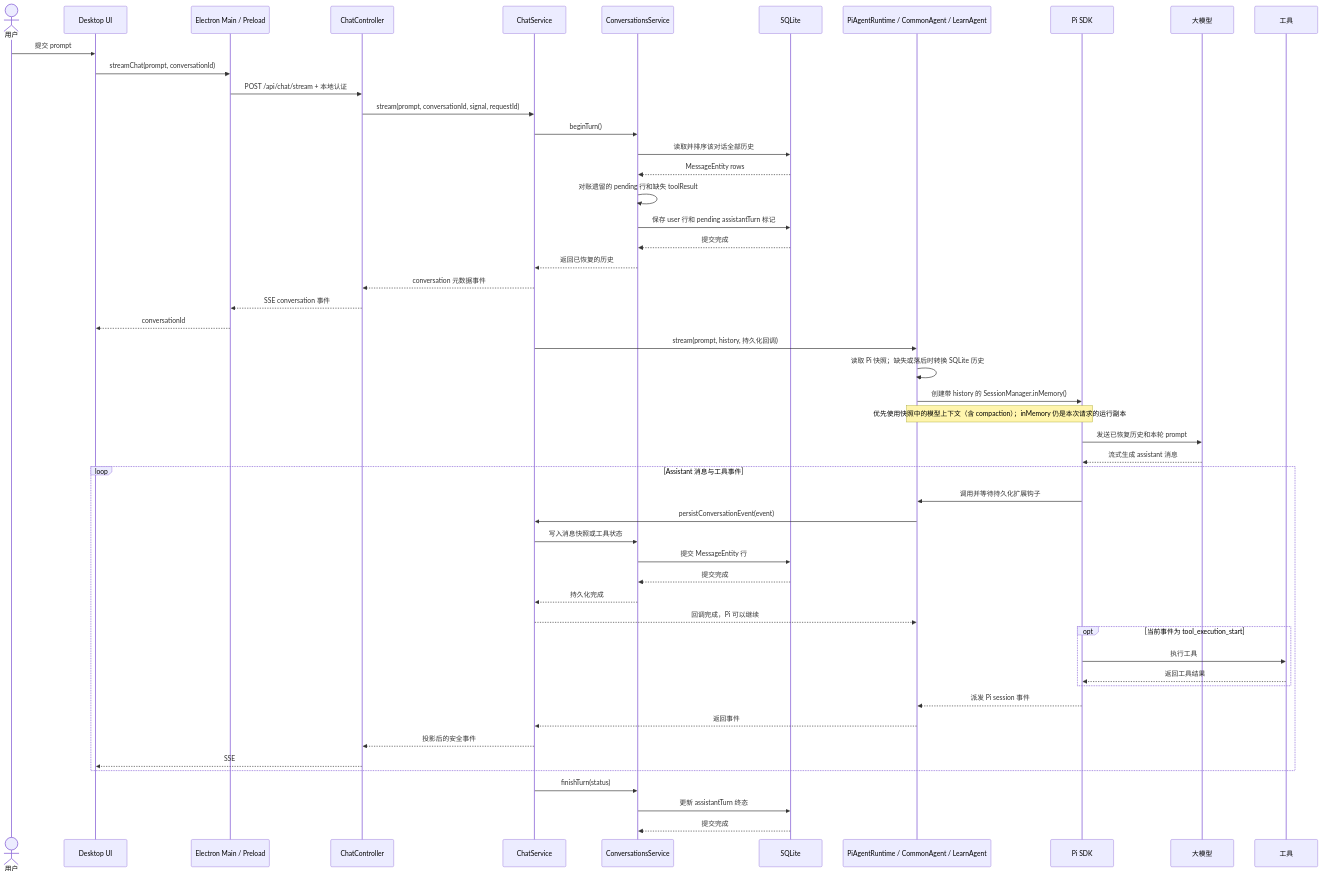
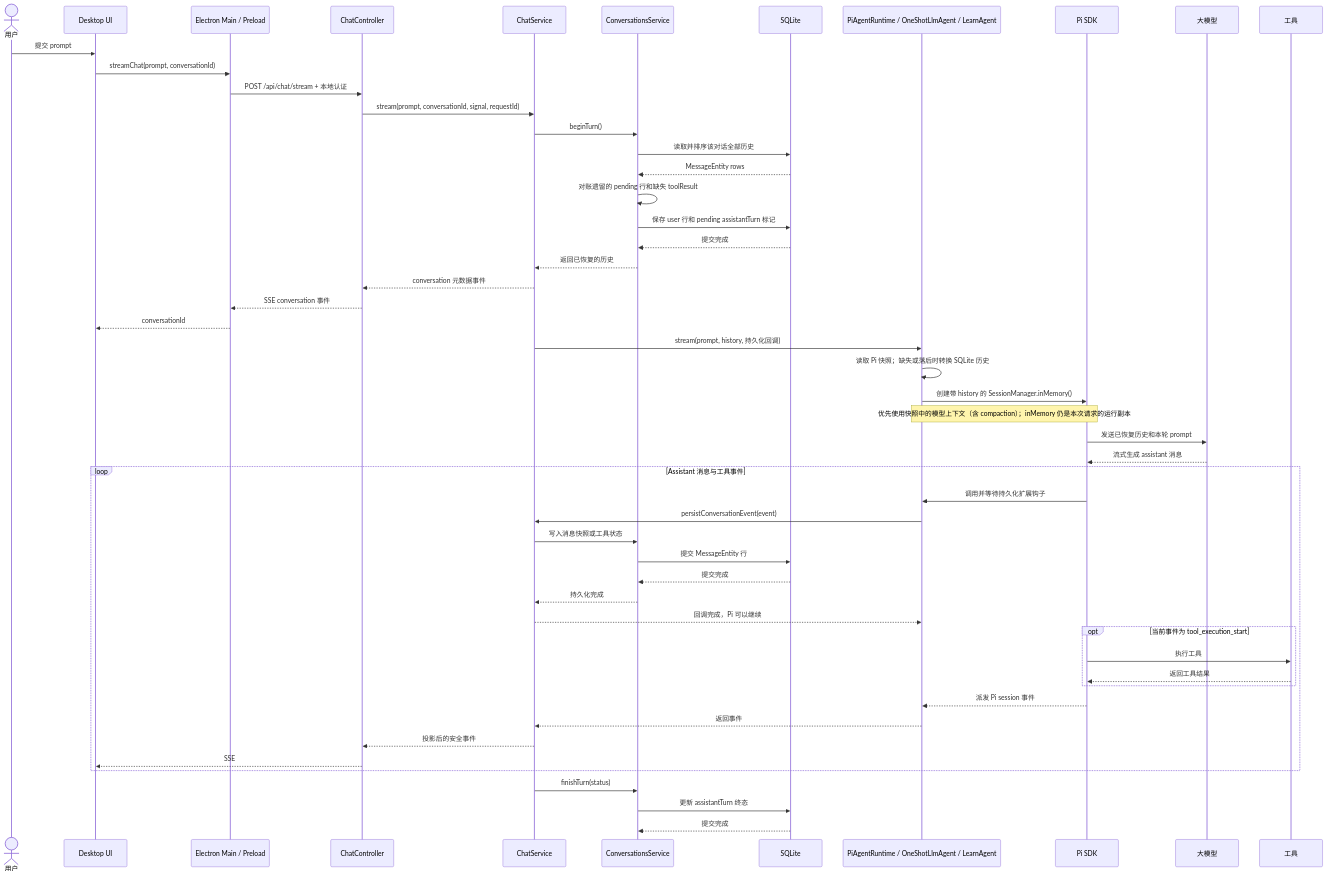
The diagram in docs/current/platform/agent-runtime.md (yuchentime/tech-forge), drawn with Mermaid before and after one commit. The commit also changed other lines of this file and 22 other files, not shown here.

Commit message:
refactor(llm): separate one-shot generation from Pi runtime

````diff
--- a/docs/current/platform/agent-runtime.md
+++ b/docs/current/platform/agent-runtime.md
@@ -61,58 +61,58 @@
 ```mermaid
 sequenceDiagram
     actor User as 用户
     participant UI as Desktop UI
     participant Main as Electron Main / Preload
     participant HTTP as ChatController
     participant Chat as ChatService
     participant Conv as ConversationsService
     participant DB as SQLite
-    participant LLM as PiAgentRuntime / CommonAgent / LearnAgent
+    participant LLM as PiAgentRuntime / OneShotLlmAgent / LearnAgent
     participant Pi as Pi SDK
     participant Model as 大模型
     participant Tool as 工具
 
     User->>UI: 提交 prompt
     UI->>Main: streamChat(prompt, conversationId)
     Main->>HTTP: POST /api/chat/stream + 本地认证
     HTTP->>Chat: stream(prompt, conversationId, signal, requestId)
     Chat->>Conv: beginTurn()
     Conv->>DB: 读取并排序该对话全部历史
     DB-->>Conv: MessageEntity rows
     Conv->>Conv: 对账遗留的 pending 行和缺失 toolResult
     Conv->>DB: 保存 user 行和 pending assistantTurn 标记
     DB-->>Conv: 提交完成
     Conv-->>Chat: 返回已恢复的历史
     Chat-->>HTTP: conversation 元数据事件
     HTTP-->>Main: SSE conversation 事件
     Main-->>UI: conversationId
 
     Chat->>LLM: stream(prompt, history, 持久化回调)
     LLM->>LLM: 读取 Pi 快照；缺失或落后时转换 SQLite 历史
     LLM->>Pi: 创建带 history 的 SessionManager.inMemory()
     Note over LLM,Pi: 优先使用快照中的模型上下文（含 compaction）；inMemory 仍是本次请求的运行副本
     Pi->>Model: 发送已恢复历史和本轮 prompt
     Model-->>Pi: 流式生成 assistant 消息
 
     loop Assistant 消息与工具事件
         Pi->>LLM: 调用并等待持久化扩展钩子
         LLM->>Chat: persistConversationEvent(event)
         Chat->>Conv: 写入消息快照或工具状态
         Conv->>DB: 提交 MessageEntity 行
         DB-->>Conv: 提交完成
         Conv-->>Chat: 持久化完成
         Chat-->>LLM: 回调完成，Pi 可以继续
         opt 当前事件为 tool_execution_start
             Pi->>Tool: 执行工具
             Tool-->>Pi: 返回工具结果
         end
         Pi-->>LLM: 派发 Pi session 事件
         LLM-->>Chat: 返回事件
         Chat-->>HTTP: 投影后的安全事件
         HTTP-->>UI: SSE
     end
 
     Chat->>Conv: finishTurn(status)
     Conv->>DB: 更新 assistantTurn 终态
     DB-->>Conv: 提交完成
 ```
````
